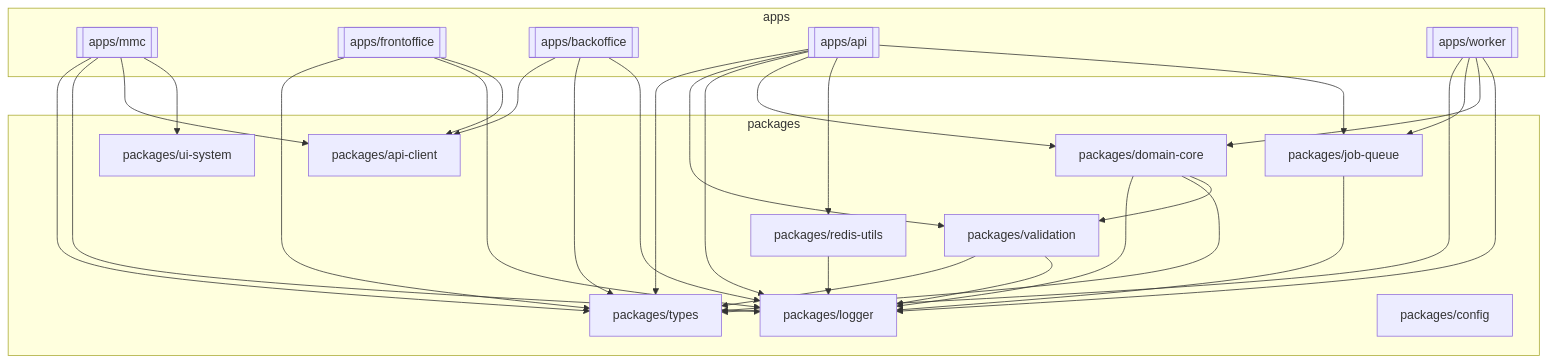
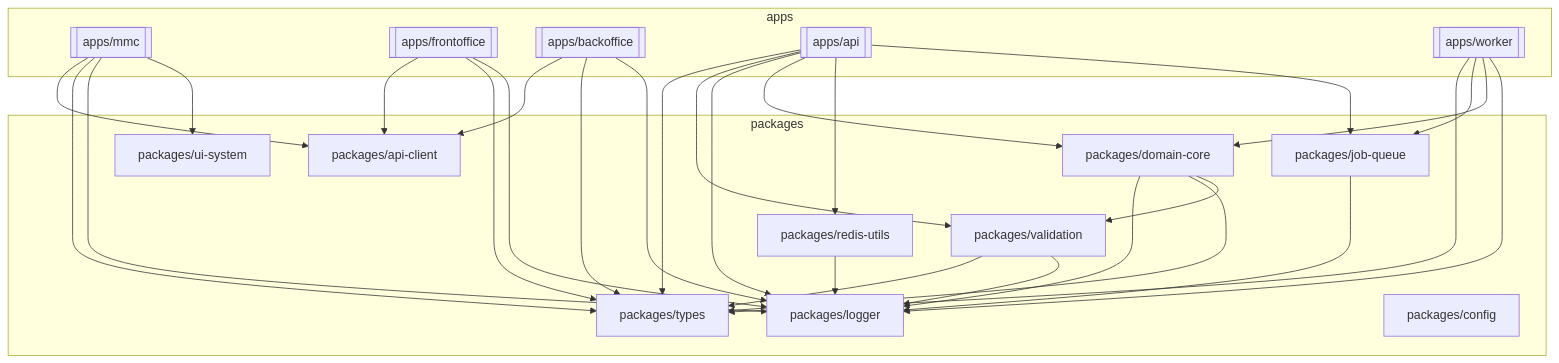
One commit to majedsiefalnasr/zidney-app2 changed the diagram in docs/architecture/graphs/architecture-graph.mmd. Above: the diagram before and after it, drawn with Mermaid. The commit also changed other lines of this file and 35 other files, not shown here.

```diff
--- a/docs/architecture/graphs/architecture-graph.mmd
+++ b/docs/architecture/graphs/architecture-graph.mmd
@@ -1,46 +1,46 @@
 graph TD
   subgraph packages
     packages_job_queue[packages/job-queue]
     packages_logger[packages/logger]
     packages_types[packages/types]
     packages_config[packages/config]
     packages_redis_utils[packages/redis-utils]
     packages_ui_system[packages/ui-system]
     packages_api_client[packages/api-client]
     packages_domain_core[packages/domain-core]
     packages_validation[packages/validation]
   end
   subgraph apps
     apps_mmc[[apps/mmc]]
     apps_frontoffice[[apps/frontoffice]]
     apps_backoffice[[apps/backoffice]]
     apps_api[[apps/api]]
     apps_worker[[apps/worker]]
   end
   packages_job_queue --> packages_logger
   packages_redis_utils --> packages_logger
   packages_domain_core --> packages_logger
   packages_domain_core --> packages_types
   packages_domain_core --> packages_validation
   packages_validation --> packages_types
   packages_validation --> packages_logger
+  apps_mmc --> packages_api_client
   apps_mmc --> packages_types
   apps_mmc --> packages_logger
-  apps_mmc --> packages_api_client
   apps_mmc --> packages_ui_system
+  apps_frontoffice --> packages_api_client
   apps_frontoffice --> packages_types
   apps_frontoffice --> packages_logger
-  apps_frontoffice --> packages_api_client
   apps_backoffice --> packages_api_client
   apps_backoffice --> packages_types
   apps_backoffice --> packages_logger
   apps_api --> packages_types
   apps_api --> packages_validation
   apps_api --> packages_logger
   apps_api --> packages_domain_core
   apps_api --> packages_redis_utils
   apps_api --> packages_job_queue
   apps_worker --> packages_types
   apps_worker --> packages_job_queue
   apps_worker --> packages_domain_core
   apps_worker --> packages_logger
```
